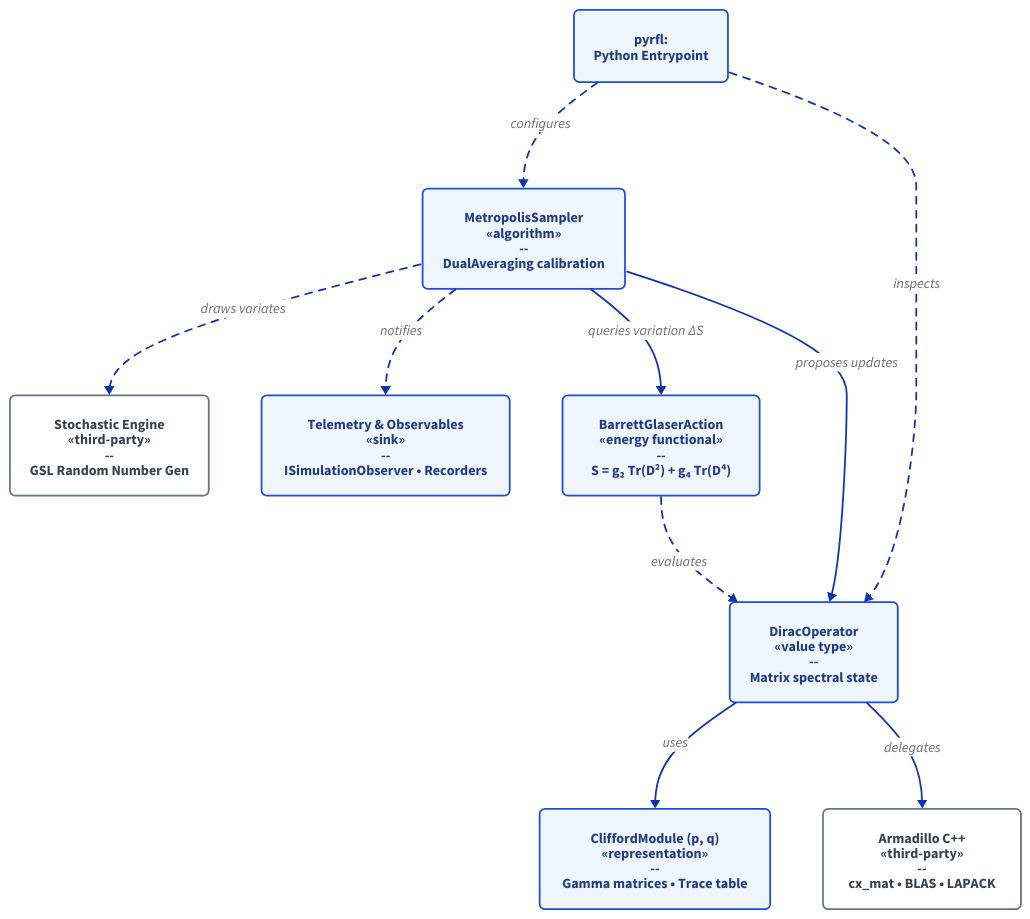
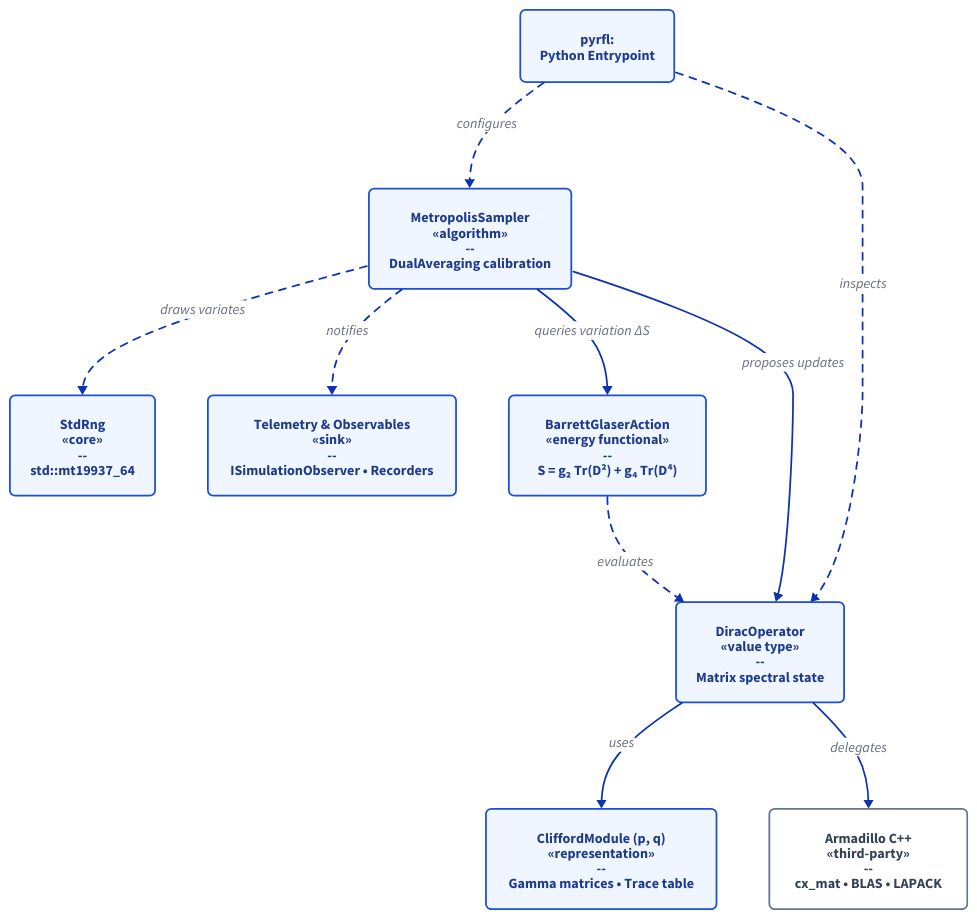
Before and after one commit to pauldruce/RFL: the diagram in docs/images/architecture_data_flow.d2, drawn with D2. The commit also changed 46 other files, not shown here.

```diff
--- a/docs/images/architecture_data_flow.d2
+++ b/docs/images/architecture_data_flow.d2
@@ -1,87 +1,87 @@
 # RFL System Architecture & Data Flow
 # Regenerate SVG: d2 architecture_data_flow.d2 architecture_data_flow.svg
 
 direction: down
 
 py: "pyrfl:\nPython Entrypoint" {
   class: internal_component
   shape: rectangle
 }
 
 obs: "Telemetry & Observables\n«sink»\n--\nISimulationObserver • Recorders" {
   class: internal_component
 }
 
 sampler: "MetropolisSampler\n«algorithm»\n--\nDualAveraging calibration" {
   class: internal_component
 }
 
 action: "BarrettGlaserAction\n«energy functional»\n--\nS = g₂ Tr(D²) + g₄ Tr(D⁴)" {
   class: internal_component
 }
 
 dirac: "DiracOperator\n«value type»\n--\nMatrix spectral state" {
   class: internal_component
 }
 
 clifford: "CliffordModule (p, q)\n«representation»\n--\nGamma matrices • Trace table" {
   class: internal_component
 }
 
 arma: "Armadillo C++\n«third-party»\n--\ncx_mat • BLAS • LAPACK" {
   class: external_system
 }
 
-rng: "Stochastic Engine\n«third-party»\n--\nGSL Random Number Gen" {
-  class: external_system
+rng: "StdRng\n«core»\n--\nstd::mt19937_64" {
+  class: internal_component
 }
 
 # Execution & Data Flow
 py -> sampler: configures {style.stroke-dash: 4}
 py -> dirac: inspects {style.stroke-dash: 4}
 
 sampler -> rng: draws variates {style.stroke-dash: 4}
 sampler -> obs: notifies {style.stroke-dash: 4}
 sampler -> action: queries variation ΔS
 sampler -> dirac: proposes updates
 
 dirac -> clifford: uses
 dirac -> arma: delegates
 
 action -> dirac: evaluates {style.stroke-dash: 4}
 
 # Sylings
 classes: {
   # Components
   internal_component: {
     style: {
       fill: "#eff6ff"
       stroke: "#1d4ed8"
       stroke-width: 2
       border-radius: 6
       font-color: "#1e3a8a"
     }
   }
   external_system: {
     style: {
       fill: "#ffffff"
       stroke: "#64748b"
       stroke-width: 2
       border-radius: 6
       font-color: "#334155"
     }
   }
   # Arrow Styles
   system_boundary: {
     style: {
       stroke-dash: 5
       fill: "#f8f9fa"
     }
   }
   container_boundary: {
     style: {
       stroke-dash: 3
       fill: "#e9ecef"
     }
   }
 }
```
